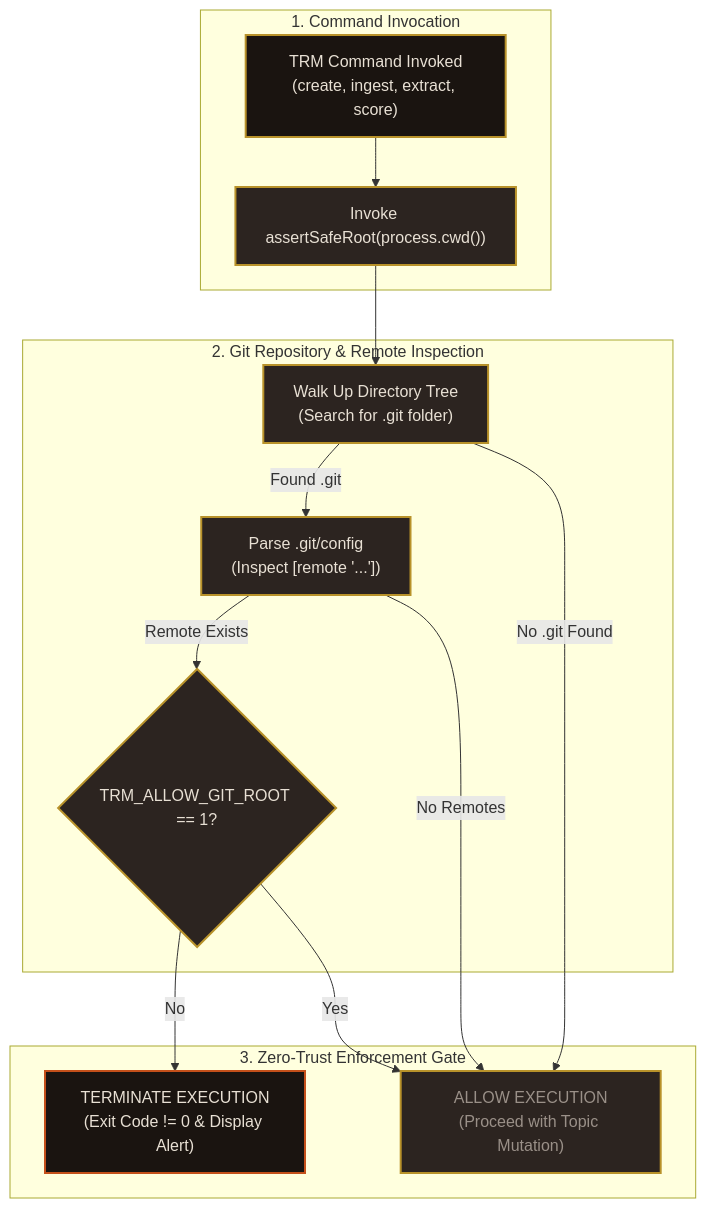
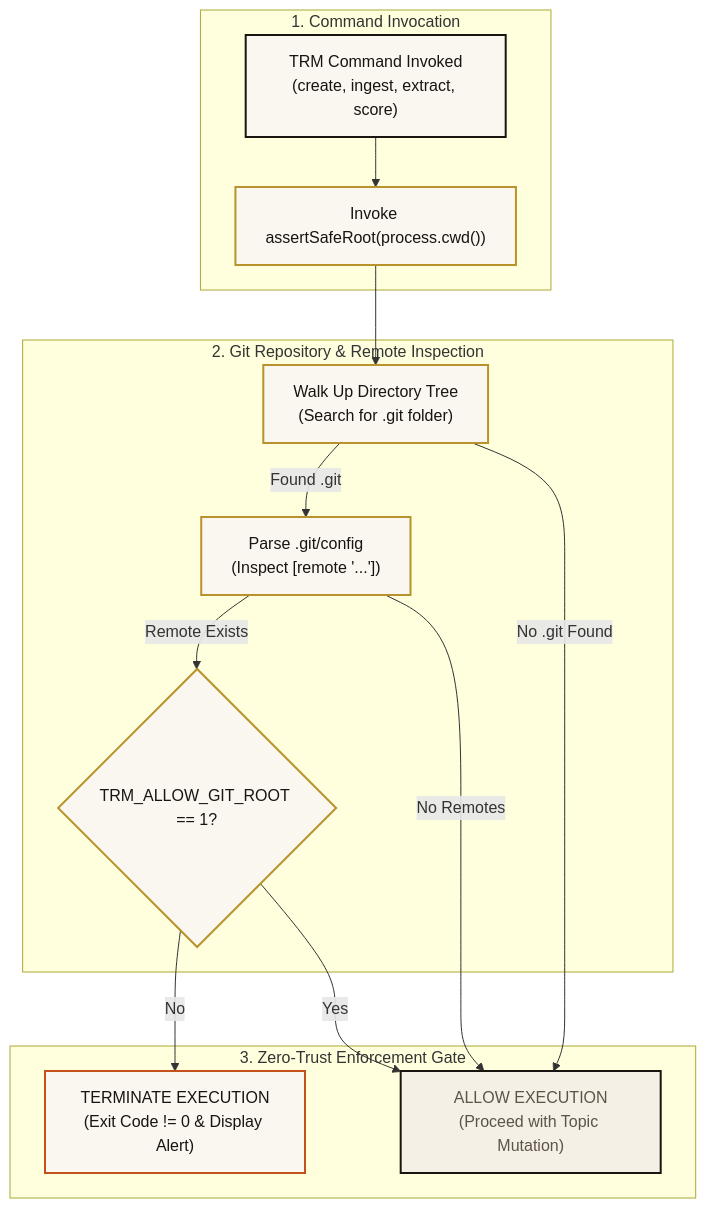
The diagram in wiki/Security-Guardrails-&-Root-Safety.md (sorensencc-dotcom/TRM), drawn with Mermaid before and after one commit. The commit also changed 23 other files, not shown here.

First line of the commit message:
docs(wiki): CIC readable parchment diagrams (F5F0E6 field)

````diff
--- a/wiki/Security-Guardrails-&-Root-Safety.md
+++ b/wiki/Security-Guardrails-&-Root-Safety.md
@@ -37,33 +37,33 @@
 ```mermaid
 flowchart TD
-    classDef initStyle fill:#1A1410,stroke:#B8922A,stroke-width:2px,color:#E8E0D4;
-    classDef checkStyle fill:#2C2420,stroke:#B8922A,stroke-width:2px,color:#E8E0D4;
-    classDef failStyle fill:#1A1410,stroke:#C4501A,stroke-width:2px,color:#E8E0D4;
-    classDef passStyle fill:#2C2420,stroke:#B8922A,stroke-width:2px,color:#9A9088;
+    classDef initStyle fill:#FAF6F0,stroke:#1A1410,stroke-width:2px,color:#1A1410;
+    classDef checkStyle fill:#FAF6F0,stroke:#B8922A,stroke-width:2px,color:#1A1410;
+    classDef failStyle fill:#FAF6F0,stroke:#C4501A,stroke-width:2px,color:#1A1410;
+    classDef passStyle fill:#F5F0E6,stroke:#1A1410,stroke-width:2px,color:#5C5349;
 
     subgraph Trigger["1. Command Invocation"]
         CMD["TRM Command Invoked<br/>(create, ingest, extract, score)"]:::initStyle
         ASSERT["Invoke assertSafeRoot(process.cwd())"]:::checkStyle
         CMD --> ASSERT
     end
 
     subgraph Inspection["2. Git Repository & Remote Inspection"]
         WALK["Walk Up Directory Tree<br/>(Search for .git folder)"]:::checkStyle
         PARSE_CFG["Parse .git/config<br/>(Inspect [remote '...'])"]:::checkStyle
         ENV_OVERRIDE{"TRM_ALLOW_GIT_ROOT == 1?"}:::checkStyle
 
         ASSERT --> WALK
         WALK -->|Found .git| PARSE_CFG
         PARSE_CFG -->|Remote Exists| ENV_OVERRIDE
     end
 
     subgraph Enforcement["3. Zero-Trust Enforcement Gate"]
         BLOCK_EXIT["TERMINATE EXECUTION<br/>(Exit Code != 0 & Display Alert)"]:::failStyle
         ALLOW_EXEC["ALLOW EXECUTION<br/>(Proceed with Topic Mutation)"]:::passStyle
 
         ENV_OVERRIDE -->|No| BLOCK_EXIT
         ENV_OVERRIDE -->|Yes| ALLOW_EXEC
         WALK -->|No .git Found| ALLOW_EXEC
         PARSE_CFG -->|No Remotes| ALLOW_EXEC
     end
 ```
````
